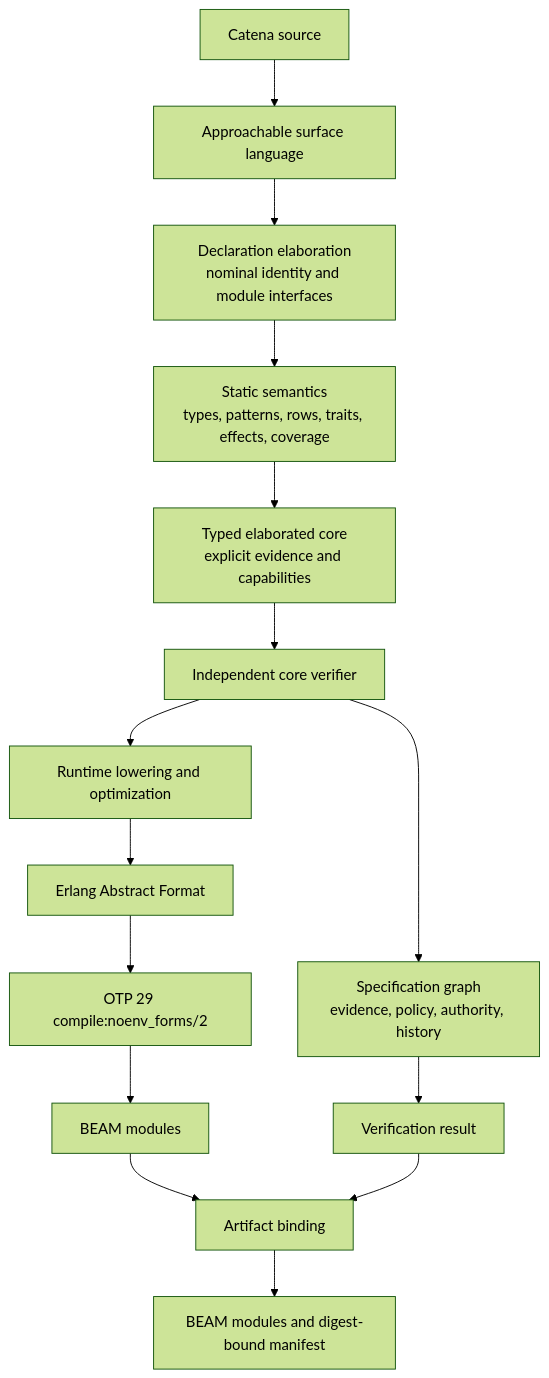
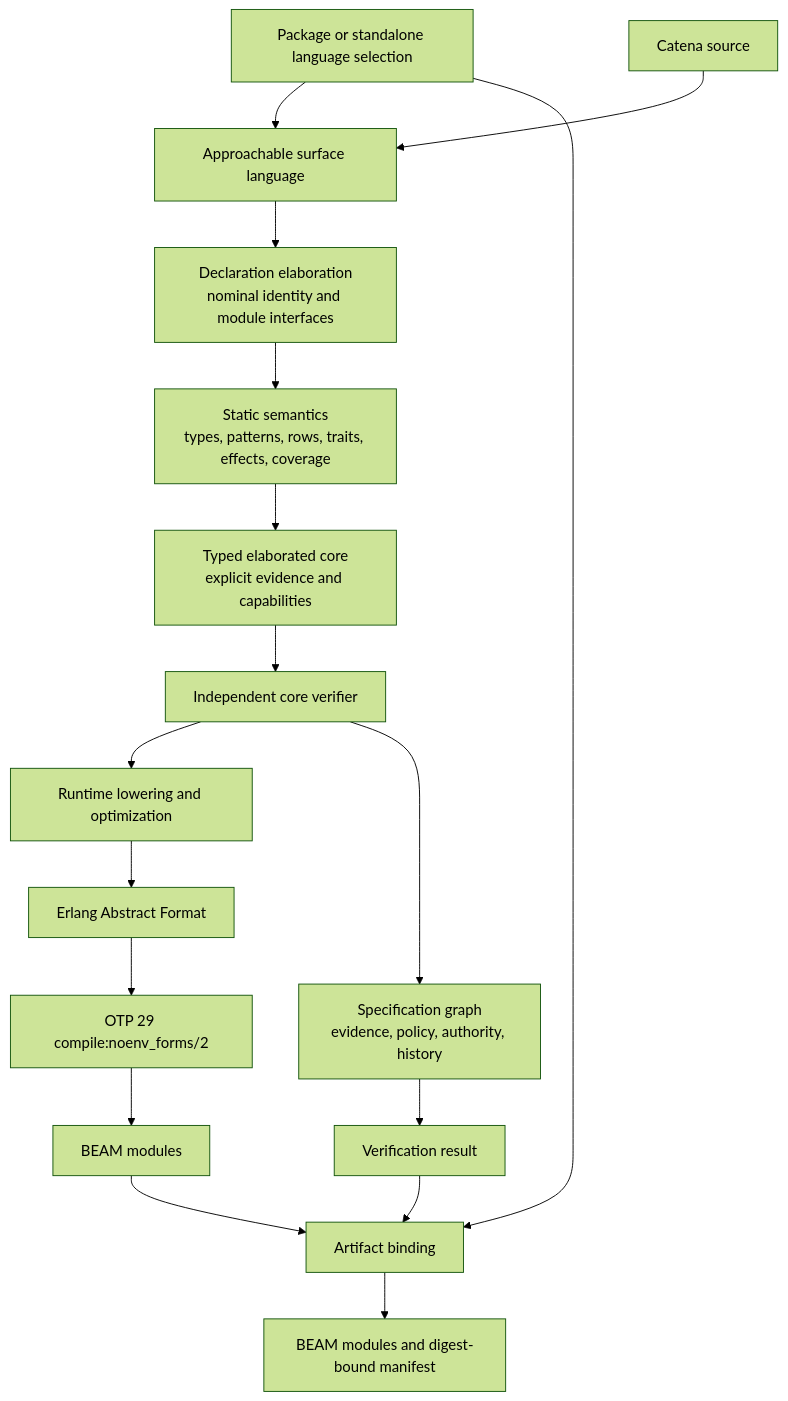
One commit to pcharbon70/catena-research changed the first of 2 diagrams in language-overview.md. Above: the diagram before and after it, drawn with Mermaid (forest theme). The commit also changed other lines of this file and 27 other files, not shown here.

````diff
--- a/language-overview.md
+++ b/language-overview.md
@@ -33,17 +33,19 @@
 ```mermaid
 flowchart TD
-    S[Catena source] --> U[Approachable surface language]
+    P[Package or standalone language selection] --> U[Approachable surface language]
+    S[Catena source] --> U
     U --> DE[Declaration elaboration<br/>nominal identity and module interfaces]
     DE --> ST[Static semantics<br/>types, patterns, rows, traits, effects, coverage]
     ST --> TC[Typed elaborated core<br/>explicit evidence and capabilities]
     TC --> V[Independent core verifier]
     V --> R[Runtime lowering and optimization]
     V --> SG[Specification graph<br/>evidence, policy, authority, history]
     R --> EAF[Erlang Abstract Format]
     EAF --> OTP[OTP 29 compile:noenv_forms/2]
     OTP --> B[BEAM modules]
     SG --> VR[Verification result]
     B --> AB[Artifact binding]
+    P --> AB
     VR --> AB
     AB --> OUT[BEAM modules and digest-bound manifest]
 ```
````
